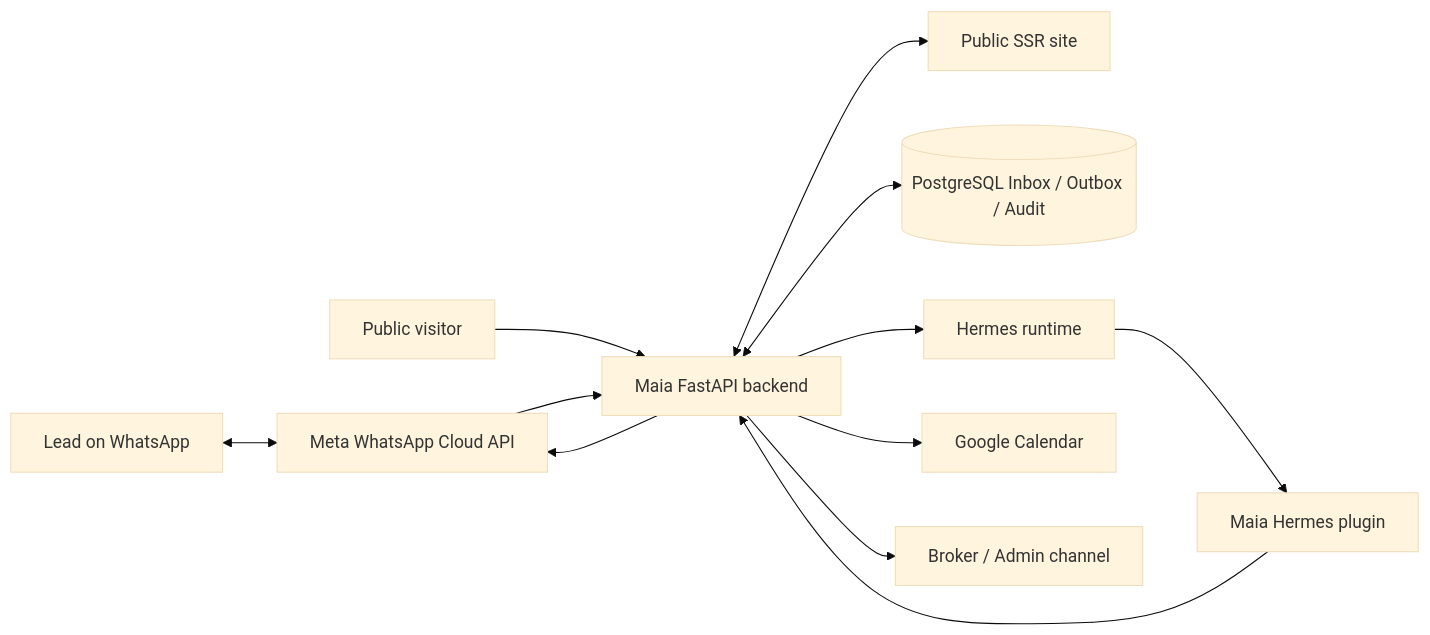
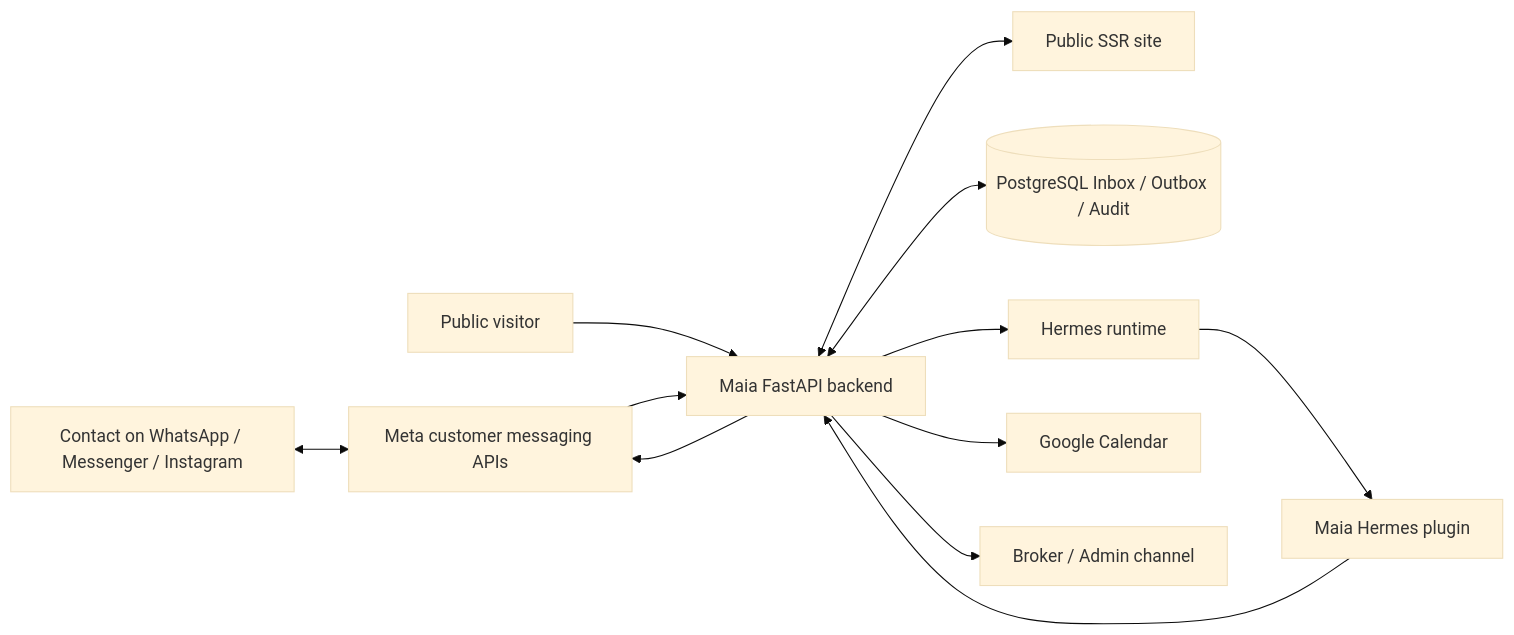
Before and after one commit to gmogmzGithub/maia-agent: the first of 2 diagrams in README.md, drawn with Mermaid (base theme). The commit also changed other lines of this file and 50 other files, not shown here.

Commit message:
feat: add Messenger and Instagram customer channels (#18)

````diff
--- a/README.md
+++ b/README.md
@@ -99,25 +101,25 @@
 ```mermaid
 flowchart LR
-    Lead["Lead on WhatsApp"]
+    Lead["Contact on WhatsApp / Messenger / Instagram"]
     Visitor["Public visitor"]
-    Meta["Meta WhatsApp Cloud API"]
+    Meta["Meta customer messaging APIs"]
     Backend["Maia FastAPI backend"]
     Site["Public SSR site"]
     Inbox[("PostgreSQL Inbox / Outbox / Audit")]
     Hermes["Hermes runtime"]
     Plugin["Maia Hermes plugin"]
     Calendar["Google Calendar"]
     Broker["Broker / Admin channel"]
 
     Lead <--> Meta
     Visitor --> Backend
     Backend <--> Site
     Meta --> Backend
     Backend <--> Inbox
     Backend --> Hermes
     Hermes --> Plugin
     Plugin --> Backend
     Backend --> Calendar
     Backend --> Meta
     Backend --> Broker
 ```
````
